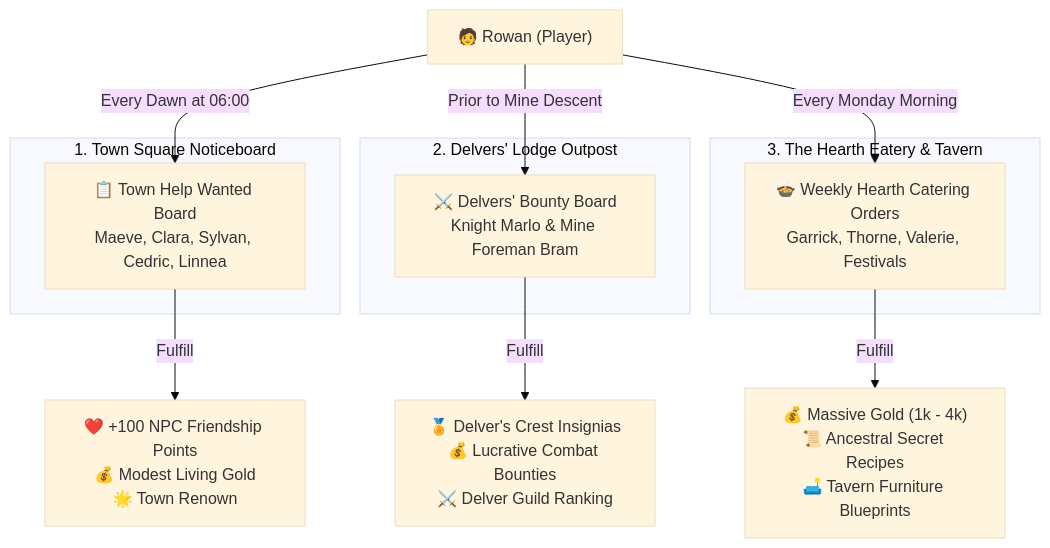
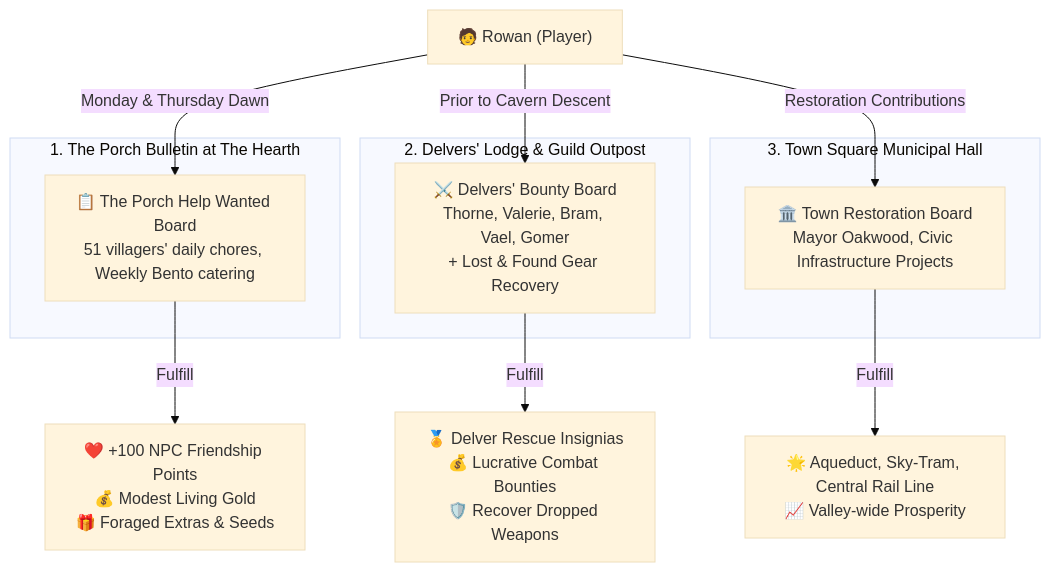
One commit to mquand/rowan-of-oakhaven-wiki changed the diagram in docs/en/quests-commissions-guide.md. Above: the diagram before and after it, drawn with Mermaid (base theme). The commit also changed other lines of this file and 3 other files, not shown here.

````diff
--- a/docs/en/quests-commissions-guide.md
+++ b/docs/en/quests-commissions-guide.md
@@ -9,24 +9,24 @@
 ```mermaid
 flowchart TD
     Player["🧑 Rowan (Player)"]
     
-    subgraph S1["1. Town Square Noticeboard"]
-        Board1["📋 Town Help Wanted Board<br/>Maeve, Clara, Sylvan, Cedric, Linnea"]
+    subgraph S1["1. The Porch Bulletin at The Hearth"]
+        Board1["📋 The Porch Help Wanted Board<br/>51 villagers' daily chores, Weekly Bento catering"]
     end
 
-    subgraph S2["2. Delvers' Lodge Outpost"]
-        Board2["⚔️ Delvers' Bounty Board<br/>Knight Marlo & Mine Foreman Bram"]
+    subgraph S2["2. Delvers' Lodge & Guild Outpost"]
+        Board2["⚔️ Delvers' Bounty Board<br/>Thorne, Valerie, Bram, Vael, Gomer<br/>+ Lost & Found Gear Recovery"]
     end
 
-    subgraph S3["3. The Hearth Eatery & Tavern"]
-        Board3["🍲 Weekly Hearth Catering Orders<br/>Garrick, Thorne, Valerie, Festivals"]
+    subgraph S3["3. Town Square Municipal Hall"]
+        Board3["🏛️ Town Restoration Board<br/>Mayor Oakwood, Civic Infrastructure Projects"]
     end
 
-    Player -->|Every Dawn at 06:00| Board1
-    Player -->|Prior to Mine Descent| Board2
-    Player -->|Every Monday Morning| Board3
+    Player -->|Monday & Thursday Dawn| Board1
+    Player -->|Prior to Cavern Descent| Board2
+    Player -->|Restoration Contributions| Board3
 
-    Board1 -->|Fulfill| R1["❤️ +100 NPC Friendship Points<br/>💰 Modest Living Gold<br/>🌟 Town Renown"]
-    Board2 -->|Fulfill| R2["🏅 Delver's Crest Insignias<br/>💰 Lucrative Combat Bounties<br/>⚔️ Delver Guild Ranking"]
-    Board3 -->|Fulfill| R3["💰 Massive Gold (1k - 4k)<br/>📜 Ancestral Secret Recipes<br/>🛋️ Tavern Furniture Blueprints"]
+    Board1 -->|Fulfill| R1["❤️ +100 NPC Friendship Points<br/>💰 Modest Living Gold<br/>🎁 Foraged Extras & Seeds"]
+    Board2 -->|Fulfill| R2["🏅 Delver Rescue Insignias<br/>💰 Lucrative Combat Bounties<br/>🛡️ Recover Dropped Weapons"]
+    Board3 -->|Fulfill| R3["🌟 Aqueduct, Sky-Tram, Central Rail Line<br/>📈 Valley-wide Prosperity"]
 ```
````
